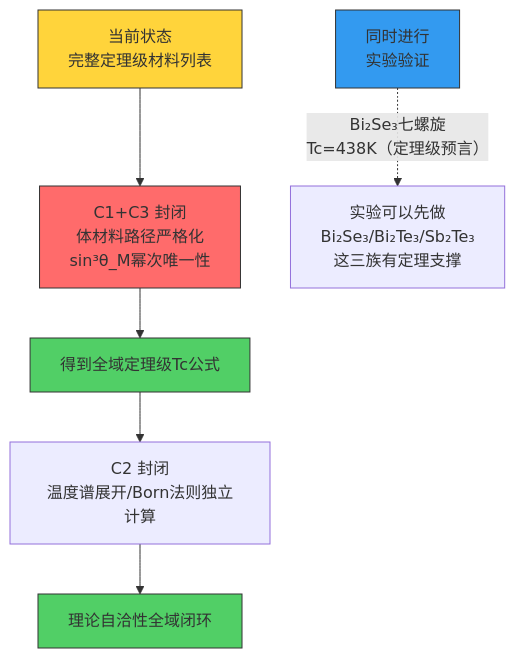
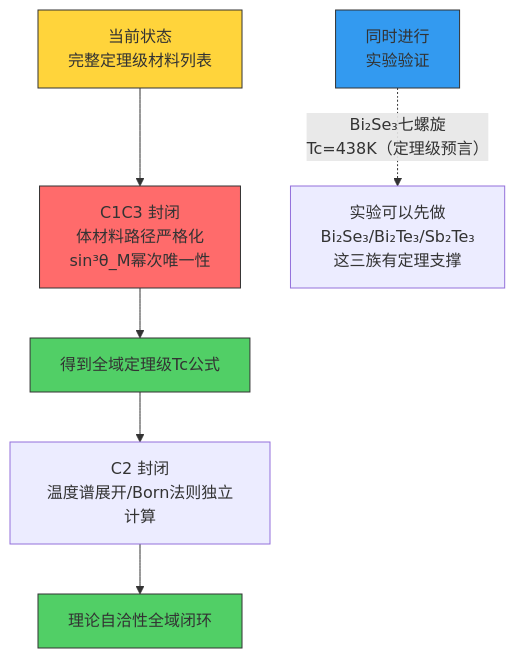
The third of 3 diagrams in app/articles/9.1_超导几何理论_CN_260723.md (sdoygb/conjugate-spectral-geometry), drawn with Mermaid before and after one commit. The commit also changed other lines of this file, not shown here.

````diff
--- a/app/articles/9.1_超导几何理论_CN_260723.md
+++ b/app/articles/9.1_超导几何理论_CN_260723.md
@@ -1130,15 +1141,15 @@
 ```mermaid
 graph TD
-    A["当前状态<br>完整定理级材料列表"] --> B["C1+C3 封闭<br>体材料路径严格化<br>sin³θ_M幂次唯一性"]
-    B --> C["得到全域定理级Tc公式"]
-    C --> D["C2 封闭<br>温度谱展开/Born法则独立计算"]
-    D --> E["理论自洽性全域闭环"]
-    
-    F["同时进行<br>实验验证"] -.->|"Bi₂Se₃七螺旋<br>Tc=438K（定理级预言）"| G["实验可以先做<br>Bi₂Se₃/Bi₂Te₃/Sb₂Te₃<br>这三族有定理支撑"]
-    
-    style A fill:#ffd43b,stroke:#333
-    style B fill:#ff6b6b,stroke:#333
-    style C fill:#51cf66,stroke:#333
-    style E fill:#51cf66,stroke:#333
-    style F fill:#339af0,stroke:#333
+ A["当前状态<br>完整定理级材料列表"] --> B["C1C3 封闭<br>体材料路径严格化<br>sin³θ_M幂次唯一性"]
+ B --> C["得到全域定理级Tc公式"]
+ C --> D["C2 封闭<br>温度谱展开/Born法则独立计算"]
+ D --> E["理论自洽性全域闭环"]
+
+ F["同时进行<br>实验验证"] -.->|"Bi₂Se₃七螺旋<br>Tc=438K（定理级预言）"| G["实验可以先做<br>Bi₂Se₃/Bi₂Te₃/Sb₂Te₃<br>这三族有定理支撑"]
+
+ style A fill:#ffd43b,stroke:#333
+ style B fill:#ff6b6b,stroke:#333
+ style C fill:#51cf66,stroke:#333
+ style E fill:#51cf66,stroke:#333
+ style F fill:#339af0,stroke:#333
 ```
````
